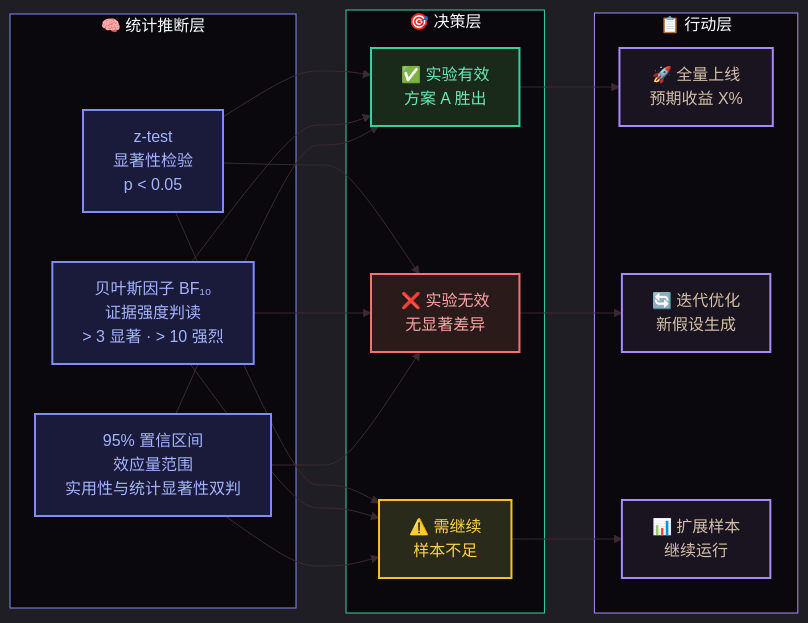
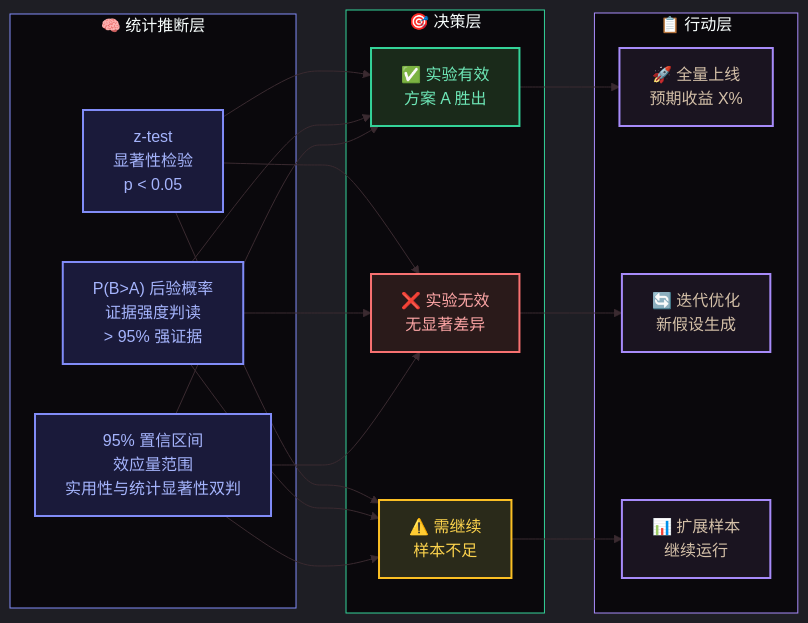
One commit to HelloMInd-star/ymine-validation-hub changed the third of 4 diagrams in README.md. Above: the diagram before and after it, drawn with Mermaid. The commit also changed other lines of this file and 12 other files, not shown here.

````diff
--- a/README.md
+++ b/README.md
@@ -182,44 +183,44 @@
 ```mermaid
 %%{init: {'theme': 'dark', 'themeVariables': {
   'background': '#0a080c',
   'primaryColor': '#FBBF24',
   'primaryBorderColor': '#FBBF24',
   'primaryTextColor': '#d4c0a8',
   'secondaryColor': '#1a1420',
   'tertiaryColor': '#0e0b10',
   'lineColor': '#3a2a30'
 }}}%%
 graph LR
     subgraph inference["🧠 统计推断层"]
         I1["z-test<br>显著性检验<br>p < 0.05"]:::inf
-        I2["贝叶斯因子 BF₁₀<br>证据强度判读<br>> 3 显著 · > 10 强烈"]:::inf
+        I2["P(B>A) 后验概率<br>证据强度判读<br>> 95% 强证据"]:::inf
         I3["95% 置信区间<br>效应量范围<br>实用性与统计显著性双判"]:::inf
     end
 
     subgraph decision["🎯 决策层"]
         D1["✅ 实验有效<br>方案 A 胜出"]:::dec1
         D2["❌ 实验无效<br>无显著差异"]:::dec2
         D3["⚠️ 需继续<br>样本不足"]:::dec3
     end
 
     subgraph action["📋 行动层"]
         A1["🚀 全量上线<br>预期收益 X%"]:::action
         A2["🔄 迭代优化<br>新假设生成"]:::action
         A3["📊 扩展样本<br>继续运行"]:::action
     end
 
     I1 & I2 & I3 --> D1 & D2 & D3
     D1 --> A1
     D2 --> A2
     D3 --> A3
 
     classDef inf fill:#1a1a3a,stroke:#818CF8,stroke-width:2px,color:#A5B4FC;
     classDef dec1 fill:#1a2a1a,stroke:#34D399,stroke-width:2px,color:#6EE7B7;
     classDef dec2 fill:#2a1a1a,stroke:#F87171,stroke-width:2px,color:#FCA5A5;
     classDef dec3 fill:#2a2a1a,stroke:#FBBF24,stroke-width:2px,color:#FCD34D;
     classDef action fill:#1a1420,stroke:#A78BFA,stroke-width:2px,color:#d4c0a8;
 
     style inference fill:#0a080c,stroke:#818CF8,stroke-width:1px
     style decision fill:#0a080c,stroke:#34D399,stroke-width:1px
     style action fill:#0a080c,stroke:#A78BFA,stroke-width:1px
 ```
````
